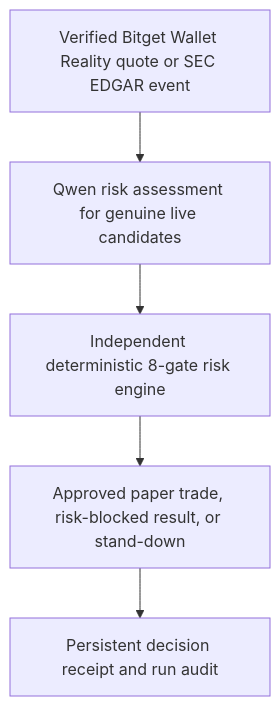
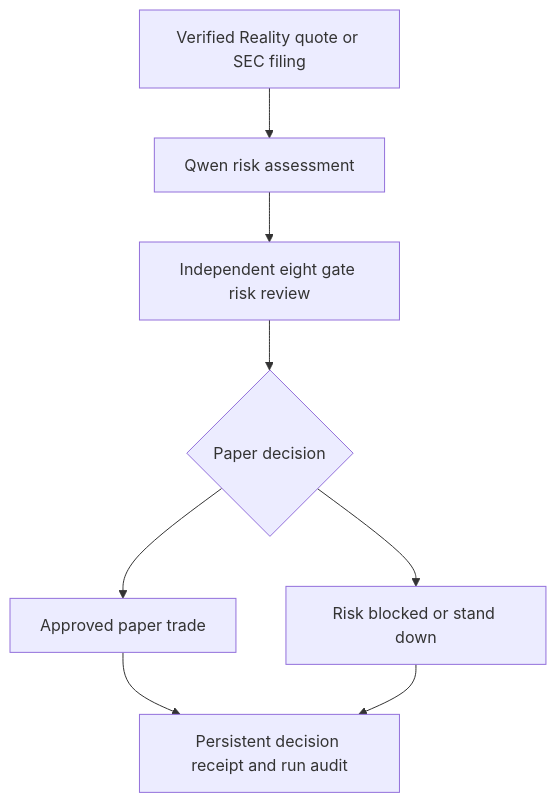
One commit to chyokore/noctive changed the diagram in README.md. Above: the diagram before and after it, drawn with Mermaid.

Commit message:
docs: update Mermaid diagram in section 5 of README

````diff
--- a/README.md
+++ b/README.md
@@ -53,7 +53,10 @@
 ```mermaid
-flowchart TD
-    A["Verified Bitget Wallet Reality quote or SEC EDGAR event"] --> B["Qwen risk assessment for genuine live candidates"]
-    B --> C["Independent deterministic 8-gate risk engine"]
-    C --> D["Approved paper trade, risk-blocked result, or stand-down"]
-    D --> E["Persistent decision receipt and run audit"]
+flowchart TB
+    A[Verified Reality quote or SEC filing] --> B[Qwen risk assessment]
+    B --> C[Independent eight gate risk review]
+    C --> D{Paper decision}
+    D --> E[Approved paper trade]
+    D --> F[Risk blocked or stand down]
+    E --> G[Persistent decision receipt and run audit]
+    F --> G
 ```
````
